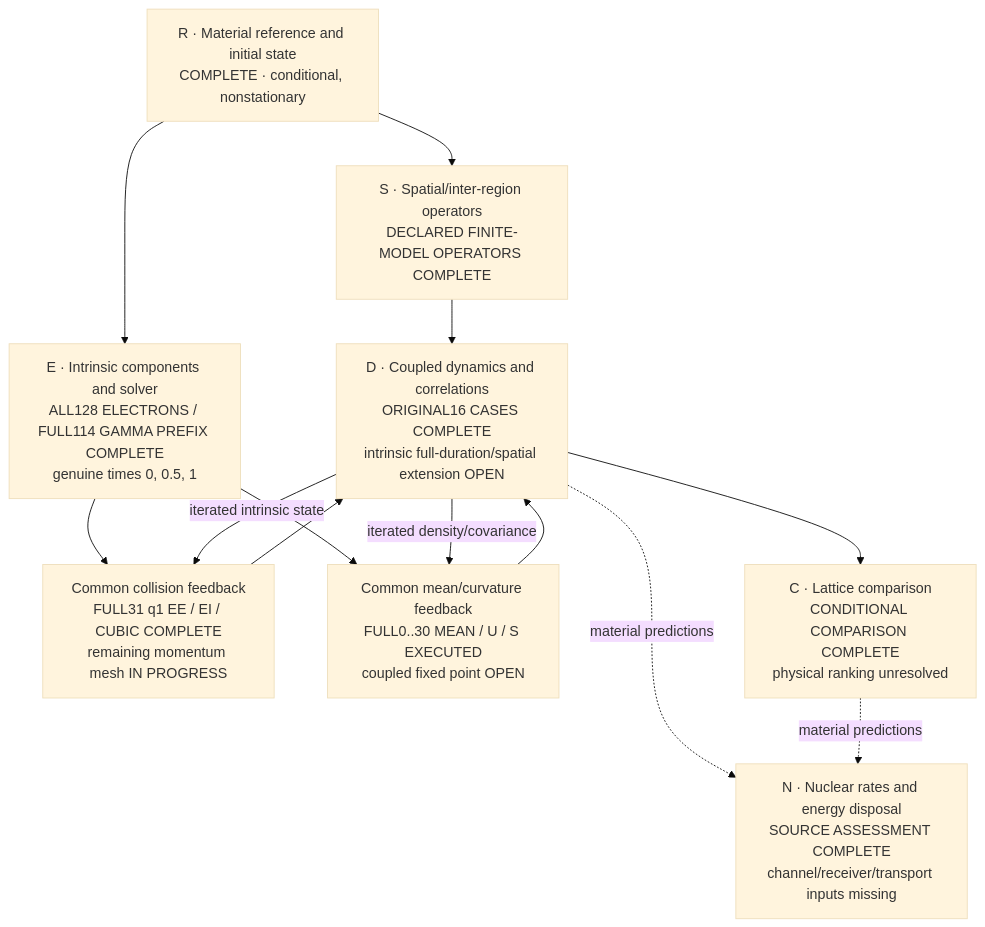
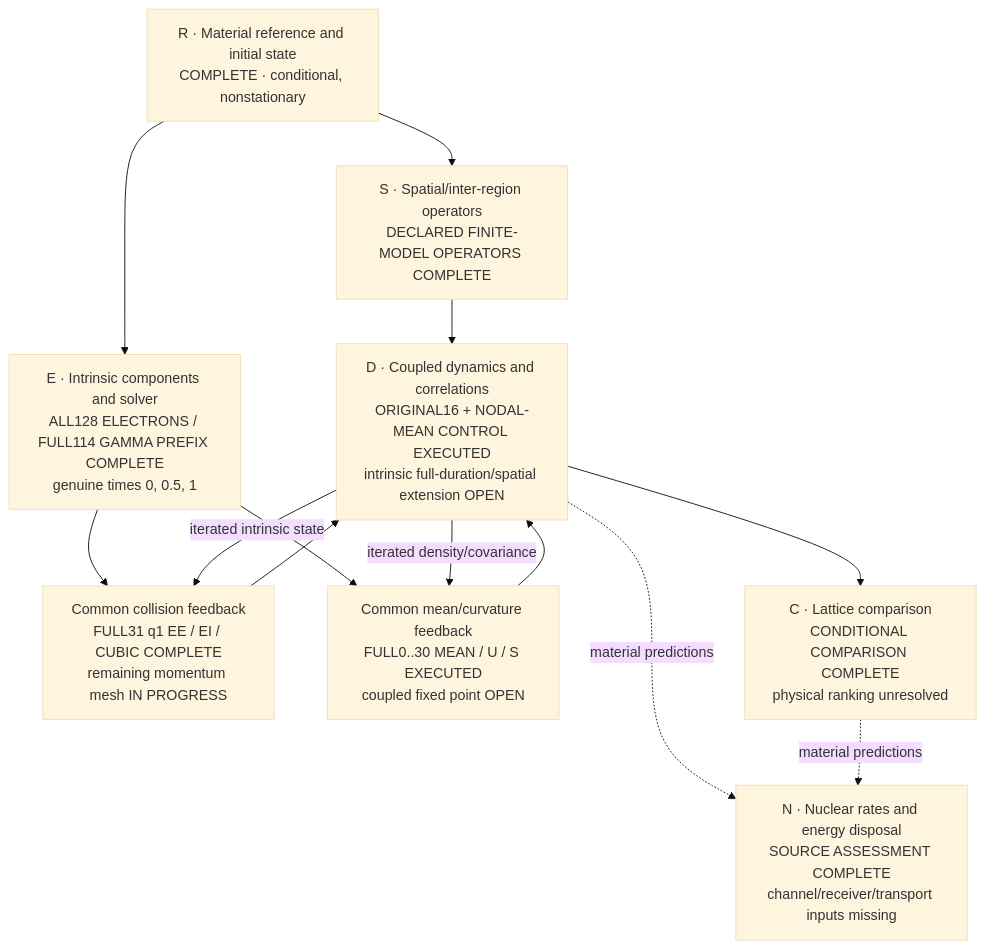
One commit to vantasnerdan/substrate-framework changed the diagram in proposals/P254-ni-collective-response/SOLUTION.md. Above: the diagram before and after it, drawn with Mermaid (base theme). The commit also changed other lines of this file and 22 other files, not shown here.

Commit message:
P254: execute nodal-mean coupled Gaussian control

````diff
--- a/proposals/P254-ni-collective-response/SOLUTION.md
+++ b/proposals/P254-ni-collective-response/SOLUTION.md
@@ -16,23 +16,23 @@
 ```mermaid
 flowchart TD
     R["R · Material reference and initial state<br/>COMPLETE · conditional, nonstationary"]
     S["S · Spatial/inter-region operators<br/>DECLARED FINITE-MODEL OPERATORS COMPLETE"]
     E0["E · Intrinsic components and solver<br/>ALL128 ELECTRONS / FULL114 GAMMA PREFIX COMPLETE<br/>genuine times 0, 0.5, 1"]
     EF["Common collision feedback<br/>FULL31 q1 EE / EI / CUBIC COMPLETE<br/>remaining momentum mesh IN PROGRESS"]
     EM["Common mean/curvature feedback<br/>FULL0..30 MEAN / U / S EXECUTED<br/>coupled fixed point OPEN"]
-    D["D · Coupled dynamics and correlations<br/>ORIGINAL16 CASES COMPLETE<br/>intrinsic full-duration/spatial extension OPEN"]
+    D["D · Coupled dynamics and correlations<br/>ORIGINAL16 + NODAL-MEAN CONTROL EXECUTED<br/>intrinsic full-duration/spatial extension OPEN"]
     C["C · Lattice comparison<br/>CONDITIONAL COMPARISON COMPLETE<br/>physical ranking unresolved"]
     N["N · Nuclear rates and energy disposal<br/>SOURCE ASSESSMENT COMPLETE<br/>channel/receiver/transport inputs missing"]
     R --> S
     R --> E0
     E0 --> EF
     E0 --> EM
     EF --> D
     EM --> D
     S --> D
     D -- "iterated intrinsic state" --> EF
     D -- "iterated density/covariance" --> EM
     D --> C
     D -. "material predictions" .-> N
     C -. "material predictions" .-> N
 ```
````
